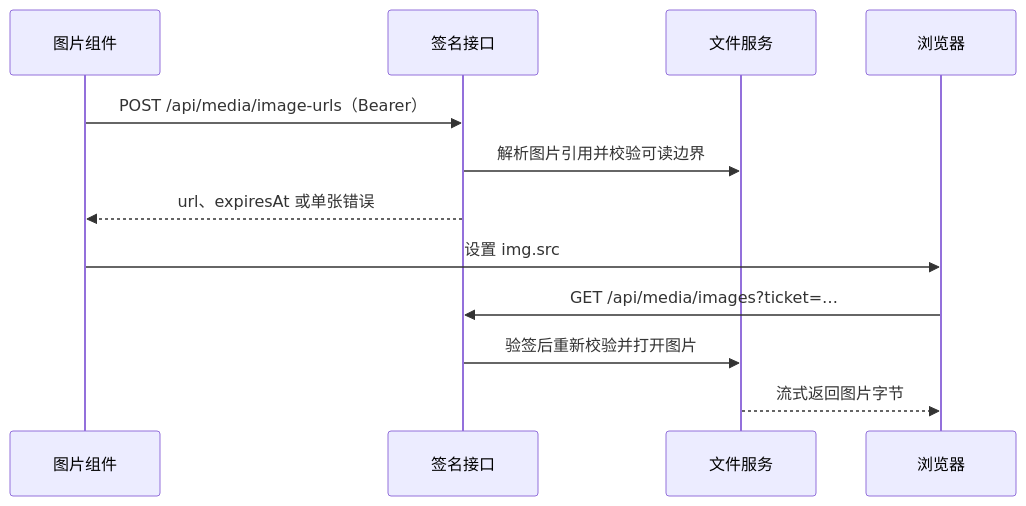
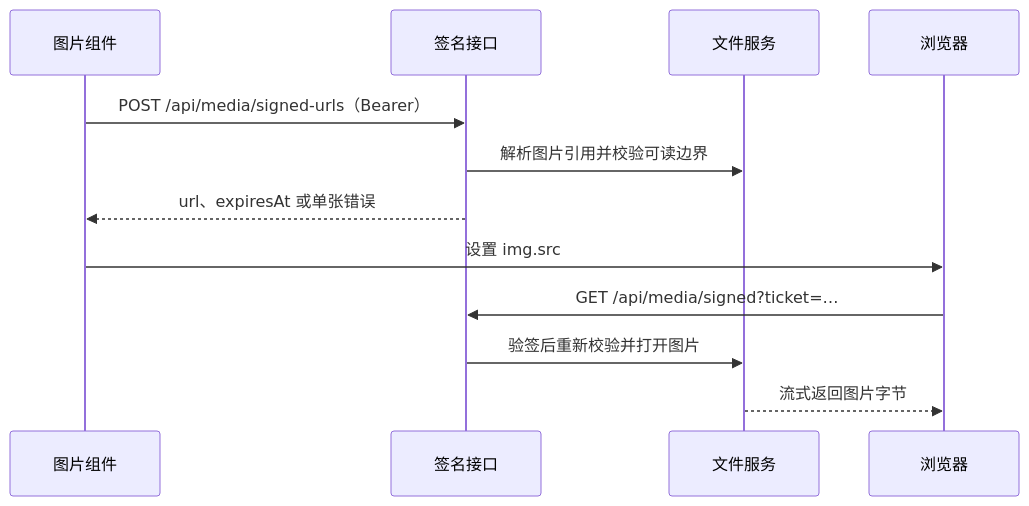
The diagram in docs/design/图片签名直连.md (iazrael/cloudcli), drawn with Mermaid before and after one commit. The commit also changed other lines of this file and 39 other files, not shown here.

First line of the commit message:
refactor(media): rename the signed-ticket mechanism beyond images

````diff
--- a/docs/design/图片签名直连.md
+++ b/docs/design/图片签名直连.md
@@ -23,14 +24,14 @@
 ```mermaid
 sequenceDiagram
     participant UI as 图片组件
     participant API as 签名接口
     participant Files as 文件服务
     participant Browser as 浏览器
-    UI->>API: POST /api/media/image-urls（Bearer）
+    UI->>API: POST /api/media/signed-urls（Bearer）
     API->>Files: 解析图片引用并校验可读边界
     API-->>UI: url、expiresAt 或单张错误
     UI->>Browser: 设置 img.src
-    Browser->>API: GET /api/media/images?ticket=…
+    Browser->>API: GET /api/media/signed?ticket=…
     API->>Files: 验签后重新校验并打开图片
     Files-->>Browser: 流式返回图片字节
 ```
````
